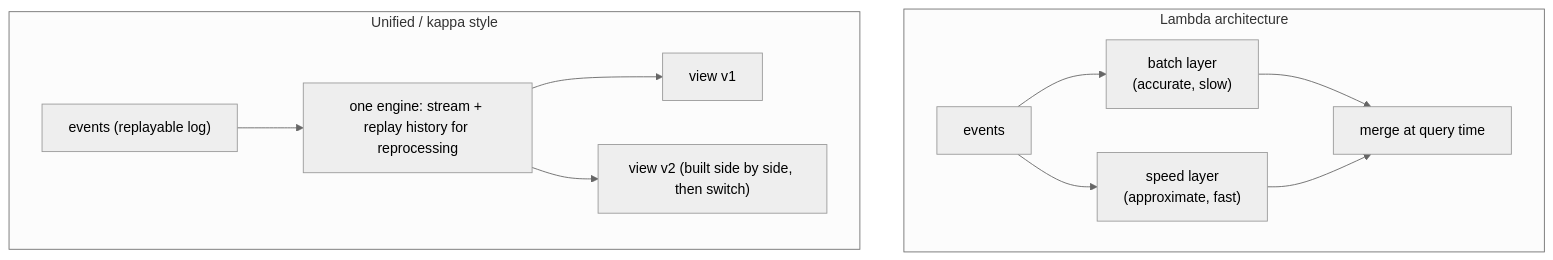
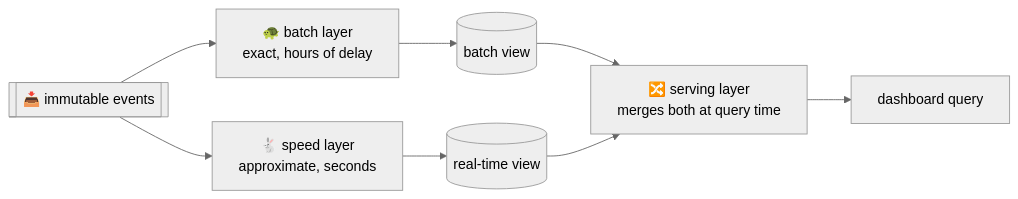
Before and after one commit to pratikguru998/ddia-book: the ninth of 34 diagrams in docs/chapters/part-3/12-future.mdx, drawn with Mermaid (neutral theme). The commit also changed other lines of this file and 13 other files, not shown here.

Commit message:
Expand all 12 chapters: every book subsection, deeper notes, ~320 diagrams

````diff
--- a/docs/chapters/part-3/12-future.mdx
+++ b/docs/chapters/part-3/12-future.mdx
@@ -47,15 +264,10 @@
 ```mermaid
-flowchart TB
-  subgraph LAMBDA["Lambda architecture"]
-    direction LR
-    IN1["events"] --> B1["batch layer<br/>(accurate, slow)"]
-    IN1 --> S1["speed layer<br/>(approximate, fast)"]
-    B1 & S1 --> Q1["merge at query time"]
-  end
-  subgraph KAPPA["Unified / kappa style"]
-    direction LR
-    IN2["events (replayable log)"] --> S2["one engine: stream + replay history for reprocessing"]
-    S2 --> V2["view v1"]
-    S2 --> V3["view v2 (built side by side, then switch)"]
-  end
+flowchart LR
+  EV[["📥 immutable events"]] --> BATCH["🐢 batch layer<br/>exact, hours of delay"]
+  EV --> SPEED["🐇 speed layer<br/>approximate, seconds"]
+  BATCH --> BV[("batch view")]
+  SPEED --> RV[("real-time view")]
+  BV --> MERGE["🔀 serving layer<br/>merges both at query time"]
+  RV --> MERGE
+  MERGE --> Q["dashboard query"]
 ```
````
